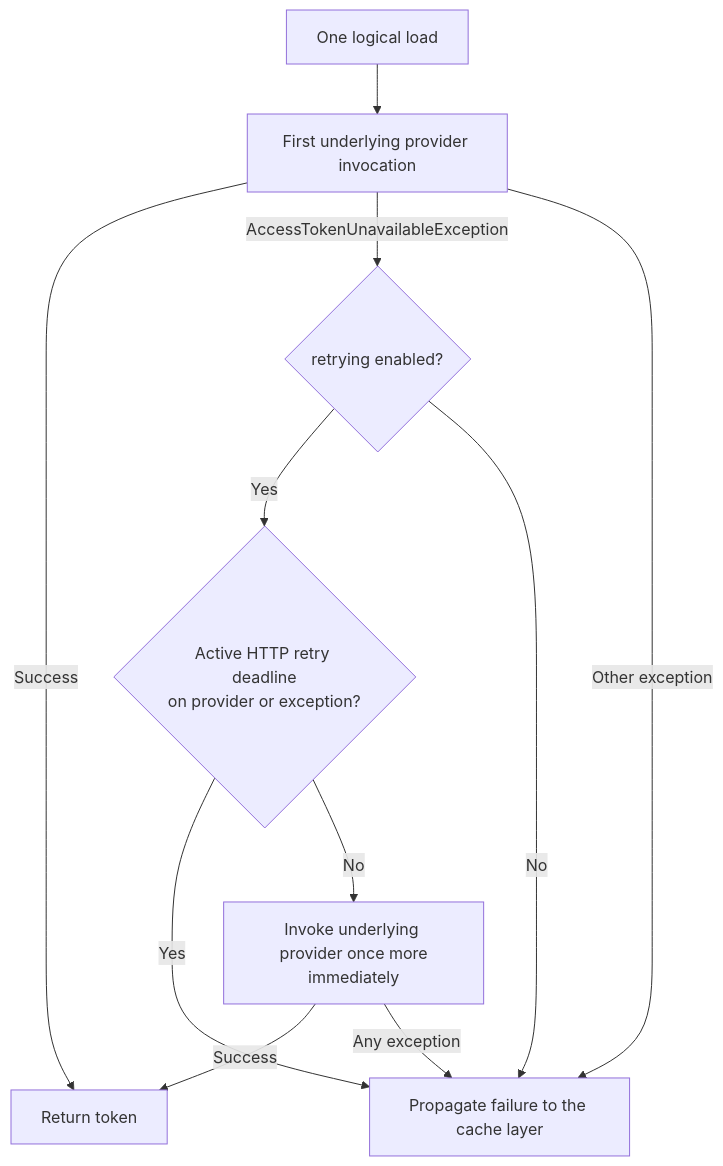
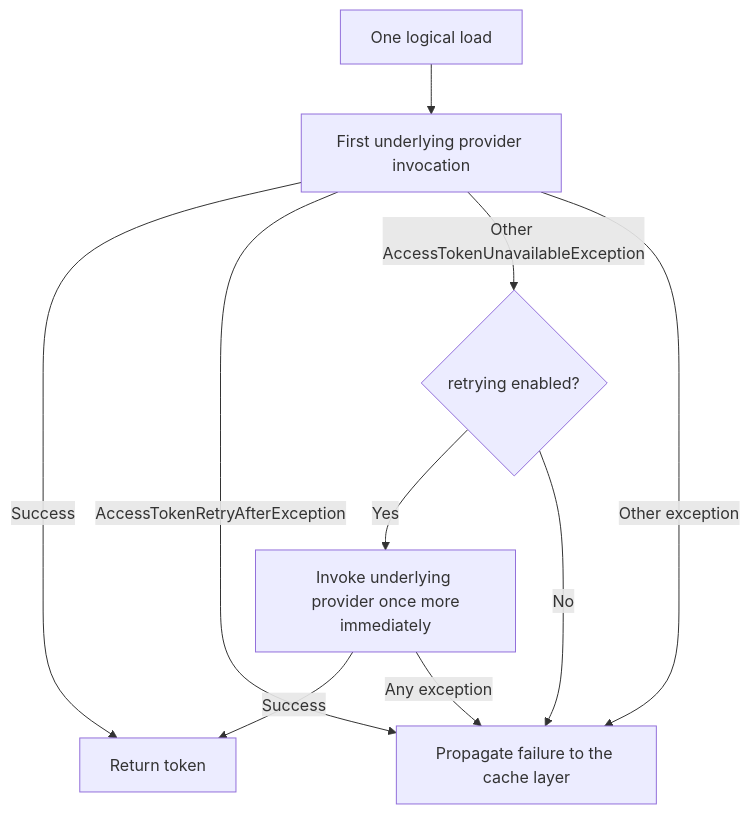
Before and after one commit to entur/jwt-resource-server: the seventh of 8 diagrams in jwt-client/docs/preemptive-refresh/README.md, drawn with Mermaid. The commit also changed other lines of this file and 14 other files, not shown here.

First line of the commit message:
refactor: simplify Retry-After exception handling

````diff
--- a/jwt-client/docs/preemptive-refresh/README.md
+++ b/jwt-client/docs/preemptive-refresh/README.md
@@ -208,13 +208,12 @@
 ```mermaid
 flowchart TD
     Start["One logical load"] --> First["First underlying provider invocation"]
     First -->|Success| Return["Return token"]
-    First -->|AccessTokenUnavailableException| Enabled{"retrying enabled?"}
-    Enabled -->|Yes| Deadline{"Active HTTP retry deadline<br/>on provider or exception?"}
-    Deadline -->|Yes| Fail
-    Deadline -->|No| Second["Invoke underlying provider once more<br/>immediately"]
+    First -->|AccessTokenRetryAfterException| Fail
+    First -->|Other AccessTokenUnavailableException| Enabled{"retrying enabled?"}
+    Enabled -->|Yes| Second["Invoke underlying provider once more<br/>immediately"]
     Enabled -->|No| Fail["Propagate failure to the cache layer"]
     First -->|Other exception| Fail
     Second -->|Success| Return
     Second -->|Any exception| Fail
 ```
````
